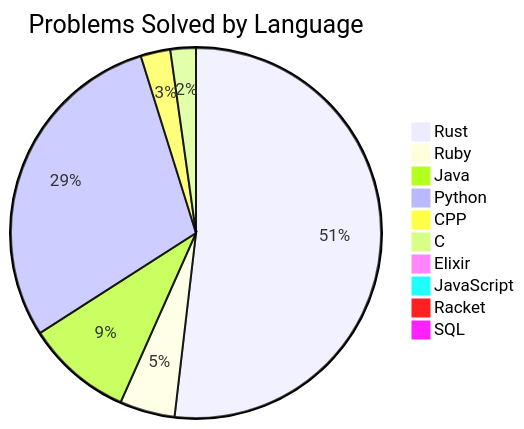
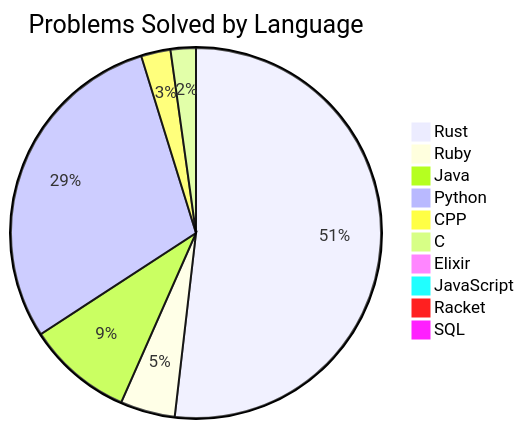
The second of 2 diagrams in README.md (Liam-Wirth/leetcode-solutions), drawn with Mermaid before and after one commit. The commit also changed other lines of this file and 8 other files, not shown here.

````diff
--- a/README.md
+++ b/README.md
@@ -46,13 +46,13 @@
 ```mermaid
 pie title Problems Solved by Language
-    "Rust": 140
+    "Rust": 141
     "Ruby": 13
     "Java": 25
-    "Python": 79
+    "Python": 80
     "CPP": 7
     "C": 6
-    "Elixir": 1
+    "Elixir": 2
     "JavaScript": 2
     "Racket": 1
     "SQL": 2
 ```
````
